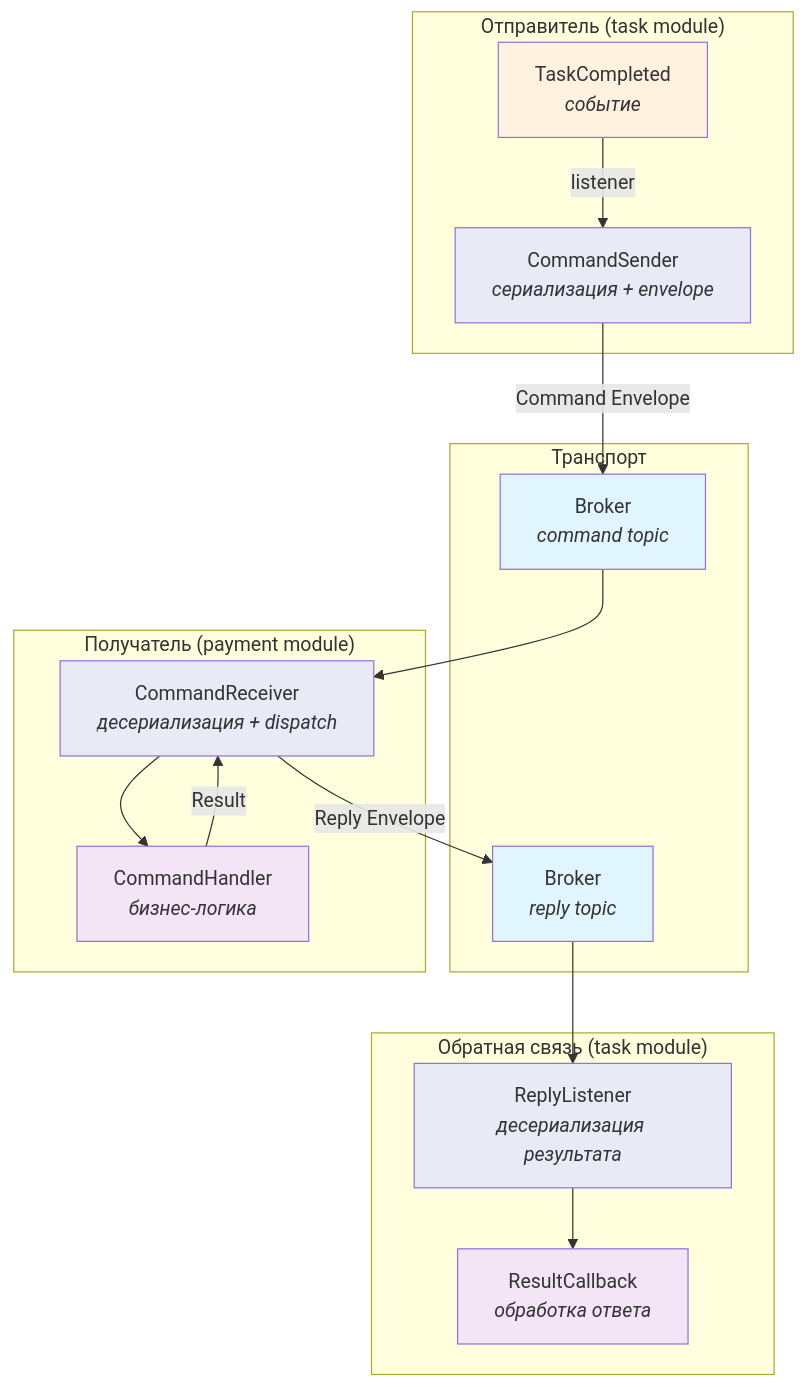
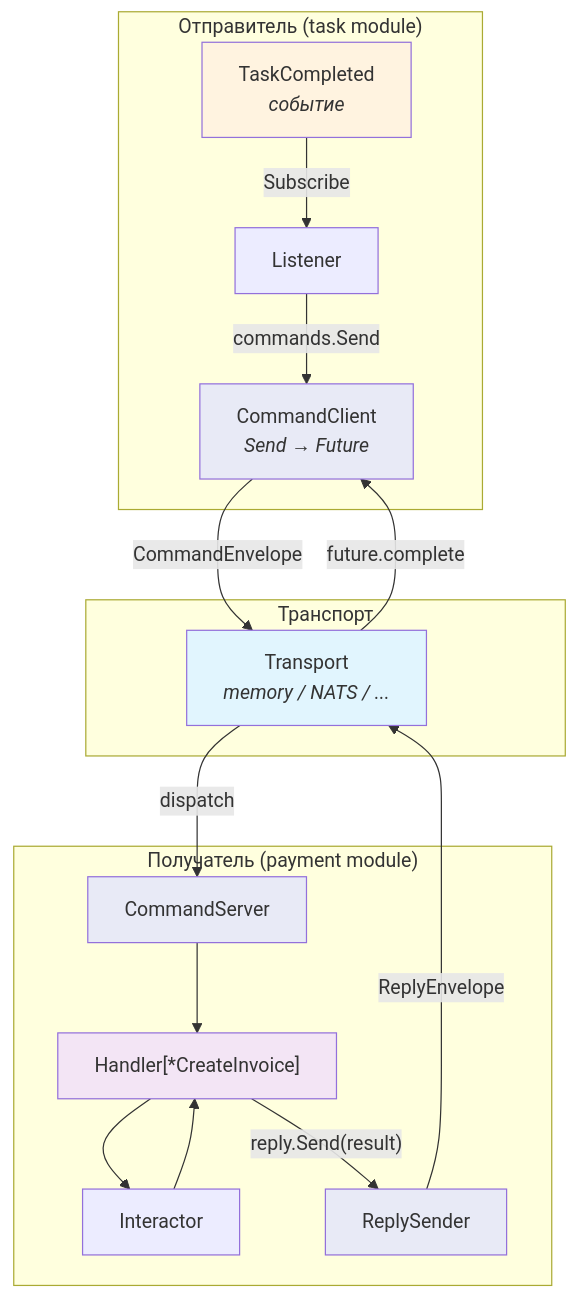
One commit to shuldan/skeleton changed the tenth of 14 diagrams in README.md. Above: the diagram before and after it, drawn with Mermaid. The commit also changed other lines of this file and 16 other files, not shown here.

````diff
--- a/README.md
+++ b/README.md
@@ -1174,40 +1109,37 @@
 ```mermaid
 graph TB
     subgraph "Отправитель (task module)"
         EVT["TaskCompleted<br/><i>событие</i>"]
-        SEND["CommandSender<br/><i>сериализация + envelope</i>"]
+        LST["Listener"]
+        CL["CommandClient<br/><i>Send → Future</i>"]
     end
 
     subgraph "Транспорт"
-        BRK["Broker<br/><i>command topic</i>"]
-        REPLY["Broker<br/><i>reply topic</i>"]
+        TR["Transport<br/><i>memory / NATS / ...</i>"]
     end
 
     subgraph "Получатель (payment module)"
-        RECV["CommandReceiver<br/><i>десериализация + dispatch</i>"]
-        HANDLER["CommandHandler<br/><i>бизнес-логика</i>"]
+        SRV["CommandServer"]
+        HDL["Handler[*CreateInvoice]"]
+        INTER["Interactor"]
+        RS["ReplySender"]
     end
 
-    subgraph "Обратная связь (task module)"
-        RL["ReplyListener<br/><i>десериализация результата</i>"]
-        CB["ResultCallback<br/><i>обработка ответа</i>"]
-    end
-
-    EVT -->|"listener"| SEND
-    SEND -->|"Command Envelope"| BRK
-    BRK --> RECV
-    RECV --> HANDLER
-    HANDLER -->|"Result"| RECV
-    RECV -->|"Reply Envelope"| REPLY
-    REPLY --> RL
-    RL --> CB
+    EVT -->|"Subscribe"| LST
+    LST -->|"commands.Send"| CL
+    CL -->|"CommandEnvelope"| TR
+    TR -->|"dispatch"| SRV
+    SRV --> HDL
+    HDL --> INTER
+    INTER --> HDL
+    HDL -->|"reply.Send(result)"| RS
+    RS -->|"ReplyEnvelope"| TR
+    TR -->|"future.complete"| CL
 
     style EVT fill:#fff3e0
-    style SEND fill:#e8eaf6
-    style BRK fill:#e1f5fe
-    style REPLY fill:#e1f5fe
-    style RECV fill:#e8eaf6
-    style HANDLER fill:#f3e5f5
-    style RL fill:#e8eaf6
-    style CB fill:#f3e5f5
+    style CL fill:#e8eaf6
+    style TR fill:#e1f5fe
+    style SRV fill:#e8eaf6
+    style HDL fill:#f3e5f5
+    style RS fill:#e8eaf6
 ```
````
